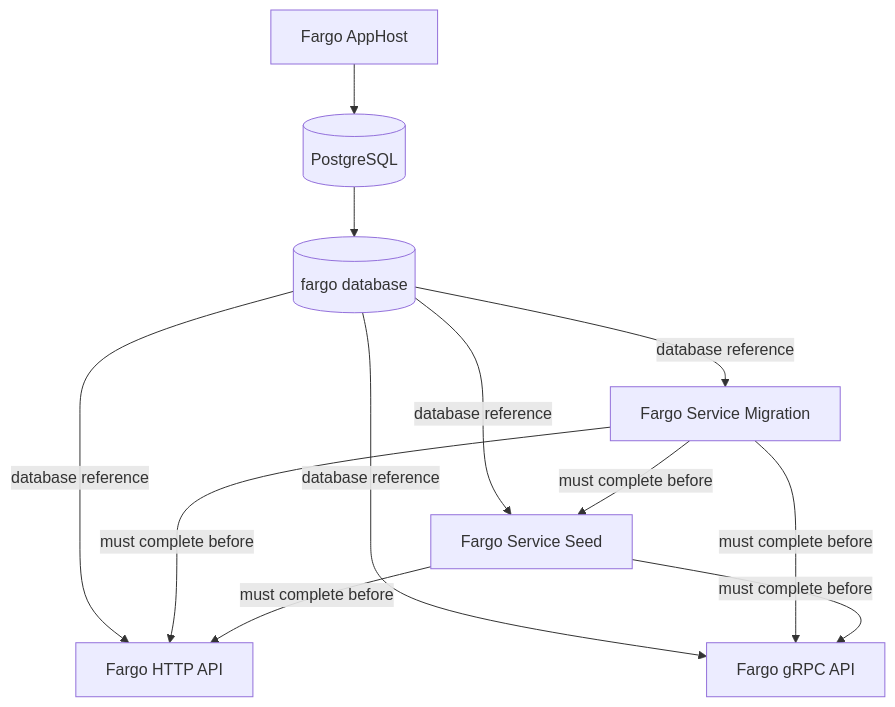
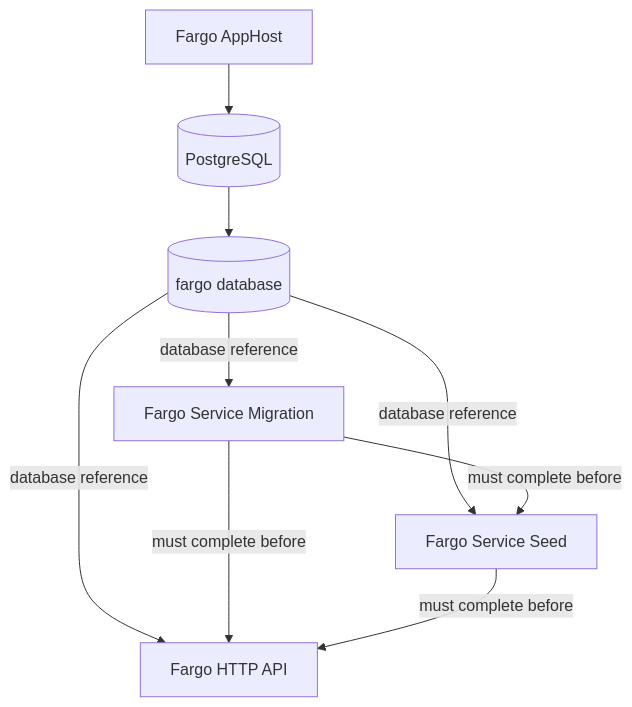
Before and after one commit to silvestrinigor/Fargo: the diagram in docs/architecture.md, drawn with Mermaid.

````diff
--- a/docs/architecture.md
+++ b/docs/architecture.md
@@ -9,27 +9,23 @@
 ```mermaid
 flowchart TD
     AppHost["Fargo AppHost"]
 
     PostgreSQL[("PostgreSQL")]
     FargoDB[("fargo database")]
 
     Migration["Fargo Service Migration"]
     Seed["Fargo Service Seed"]
     HTTP["Fargo HTTP API"]
-    GRPC["Fargo gRPC API"]
 
     AppHost --> PostgreSQL
     PostgreSQL --> FargoDB
 
     FargoDB -->|database reference| Migration
     FargoDB -->|database reference| Seed
     FargoDB -->|database reference| HTTP
-    FargoDB -->|database reference| GRPC
 
     Migration -->|must complete before| Seed
     Migration -->|must complete before| HTTP
-    Migration -->|must complete before| GRPC
 
     Seed -->|must complete before| HTTP
-    Seed -->|must complete before| GRPC
 ```
````
